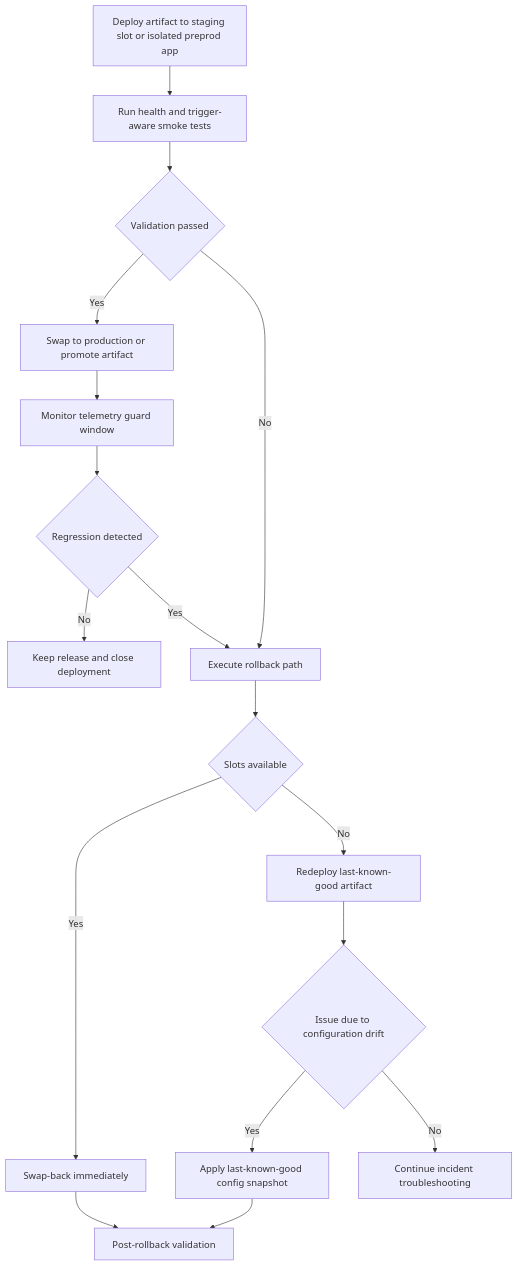
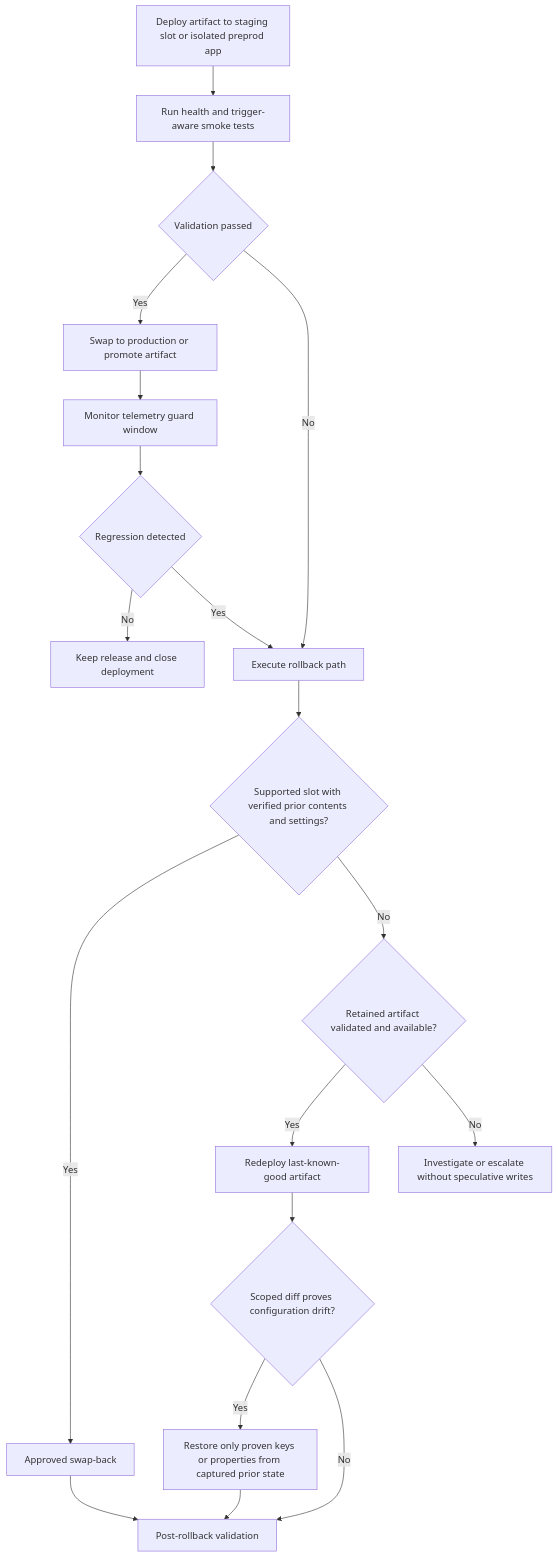
The first of 3 diagrams in docs/best-practices/deployment.md (yeongseon/azure-functions-practical-guide), drawn with Mermaid before and after one commit. The commit also changed other lines of this file and 3 other files, not shown here.

````diff
--- a/docs/best-practices/deployment.md
+++ b/docs/best-practices/deployment.md
@@ -247,19 +243,21 @@
 ```mermaid
 flowchart TD
     A[Deploy artifact to staging slot or isolated preprod app] --> B[Run health and trigger-aware smoke tests]
     B --> C{Validation passed}
     C -->|Yes| D[Swap to production or promote artifact]
     D --> E[Monitor telemetry guard window]
     E --> F{Regression detected}
     F -->|No| G[Keep release and close deployment]
     F -->|Yes| H[Execute rollback path]
     C -->|No| H
-    H --> I{Slots available}
-    I -->|Yes| J[Swap-back immediately]
-    I -->|No| K[Redeploy last-known-good artifact]
-    K --> L{Issue due to configuration drift}
-    L -->|Yes| M[Apply last-known-good config snapshot]
-    L -->|No| N[Continue incident troubleshooting]
+    H --> I{Supported slot with verified prior contents and settings?}
+    I -->|Yes| J[Approved swap-back]
+    I -->|No| R{Retained artifact validated and available?}
+    R -->|Yes| K[Redeploy last-known-good artifact]
+    R -->|No| N[Investigate or escalate without speculative writes]
+    K --> L{Scoped diff proves configuration drift?}
+    L -->|Yes| M[Restore only proven keys or properties from captured prior state]
+    L -->|No| O[Post-rollback validation]
     J --> O[Post-rollback validation]
     M --> O
 ```
````
